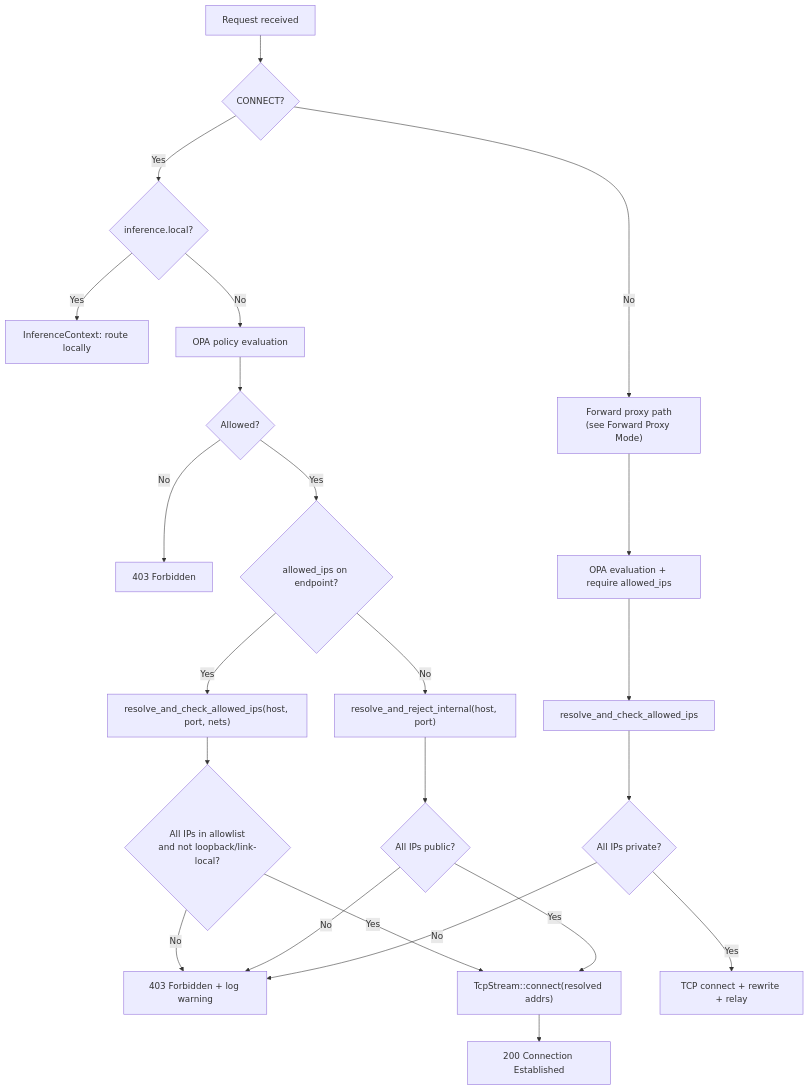
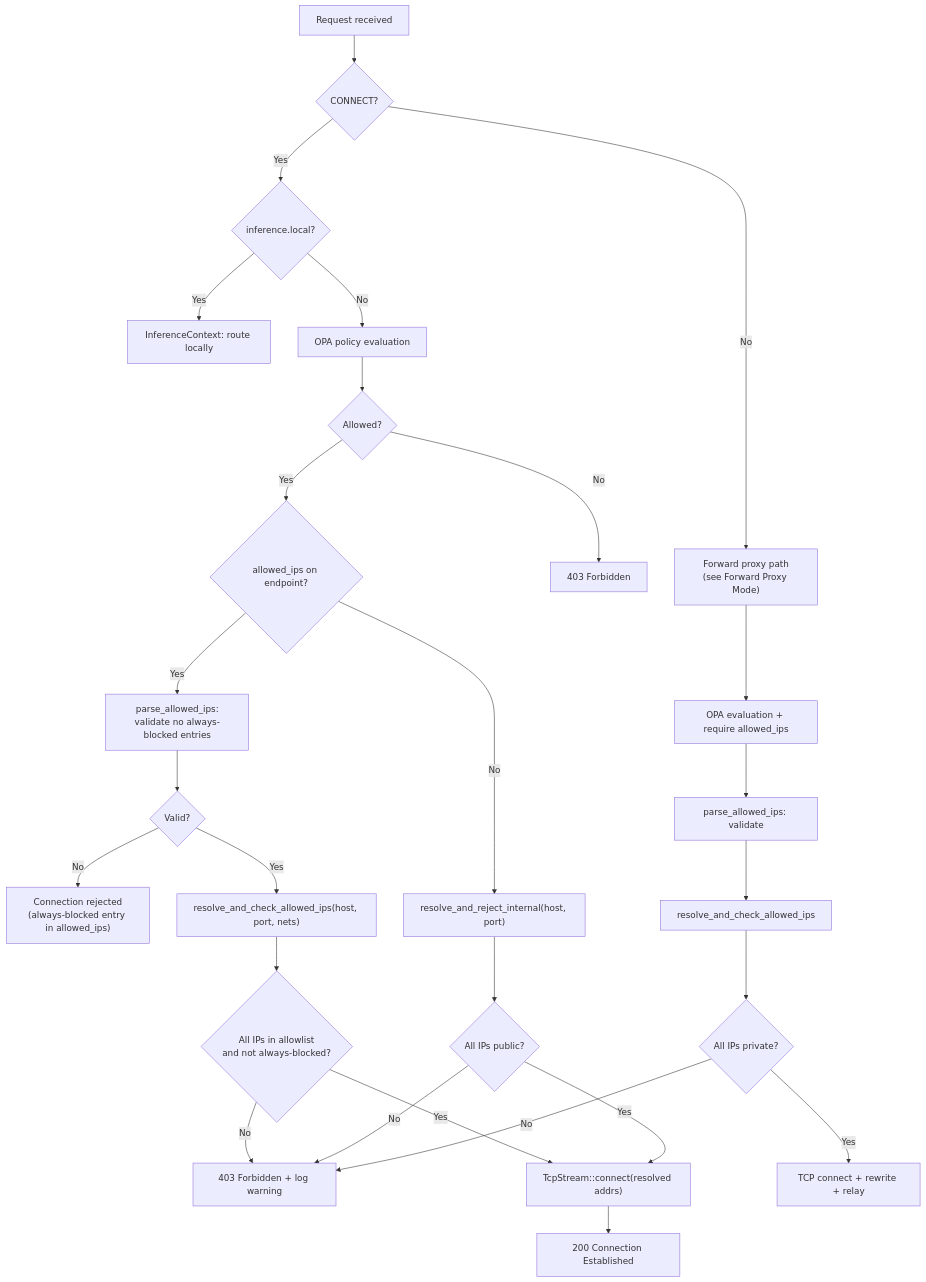
One commit to st-gr/OpenShell changed the sixth of 6 diagrams in architecture/security-policy.md. Above: the diagram before and after it, drawn with Mermaid. The commit also changed other lines of this file and 17 other files, not shown here.

````diff
--- a/architecture/security-policy.md
+++ b/architecture/security-policy.md
@@ -1068,26 +1098,30 @@
 ```mermaid
 flowchart TD
     A["Request received"] --> B{CONNECT?}
     B -- Yes --> INF{inference.local?}
     INF -- Yes --> C["InferenceContext: route locally"]
     INF -- No --> D[OPA policy evaluation]
     B -- No --> FP["Forward proxy path<br/>(see Forward Proxy Mode)"]
     D --> E{Allowed?}
     E -- No --> F["403 Forbidden"]
     E -- Yes --> G{allowed_ips on endpoint?}
-    G -- Yes --> H["resolve_and_check_allowed_ips(host, port, nets)"]
-    H --> I{All IPs in allowlist<br/>and not loopback/link-local?}
+    G -- Yes --> VAL["parse_allowed_ips:<br/>validate no always-blocked entries"]
+    VAL --> VAL_OK{Valid?}
+    VAL_OK -- No --> J2["Connection rejected<br/>(always-blocked entry in allowed_ips)"]
+    VAL_OK -- Yes --> H["resolve_and_check_allowed_ips(host, port, nets)"]
+    H --> I{All IPs in allowlist<br/>and not always-blocked?}
     I -- No --> J["403 Forbidden + log warning"]
     I -- Yes --> K["TcpStream::connect(resolved addrs)"]
     G -- No --> L["resolve_and_reject_internal(host, port)"]
     L --> M{All IPs public?}
     M -- No --> J
     M -- Yes --> K
     K --> N["200 Connection Established"]
 
     FP --> FP_OPA["OPA evaluation + require allowed_ips"]
-    FP_OPA --> FP_RESOLVE["resolve_and_check_allowed_ips"]
+    FP_OPA --> FP_VAL["parse_allowed_ips: validate"]
+    FP_VAL --> FP_RESOLVE["resolve_and_check_allowed_ips"]
     FP_RESOLVE --> FP_PRIVATE{All IPs private?}
     FP_PRIVATE -- No --> J
     FP_PRIVATE -- Yes --> FP_CONNECT["TCP connect + rewrite + relay"]
 ```
````
